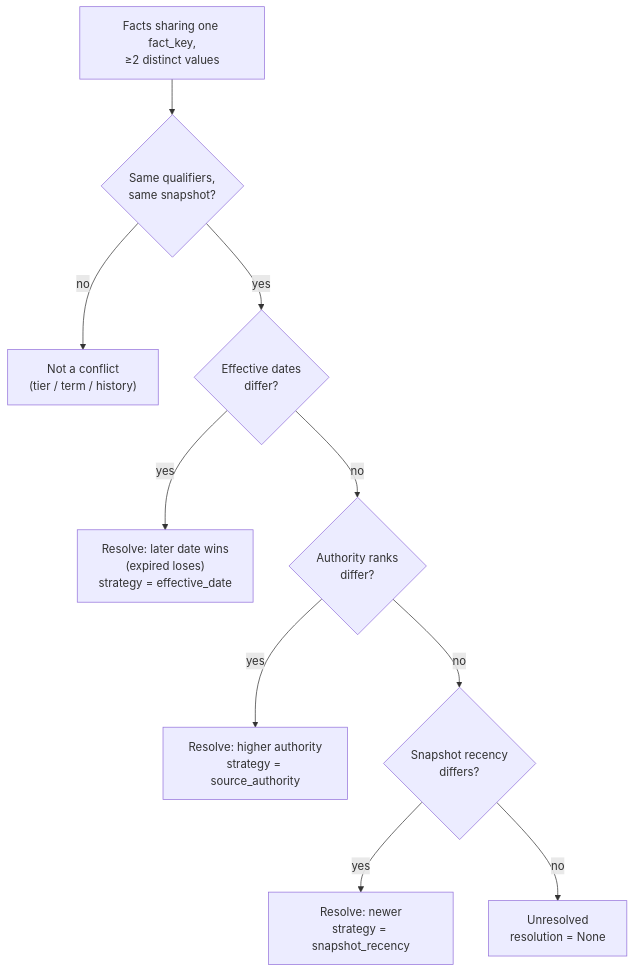
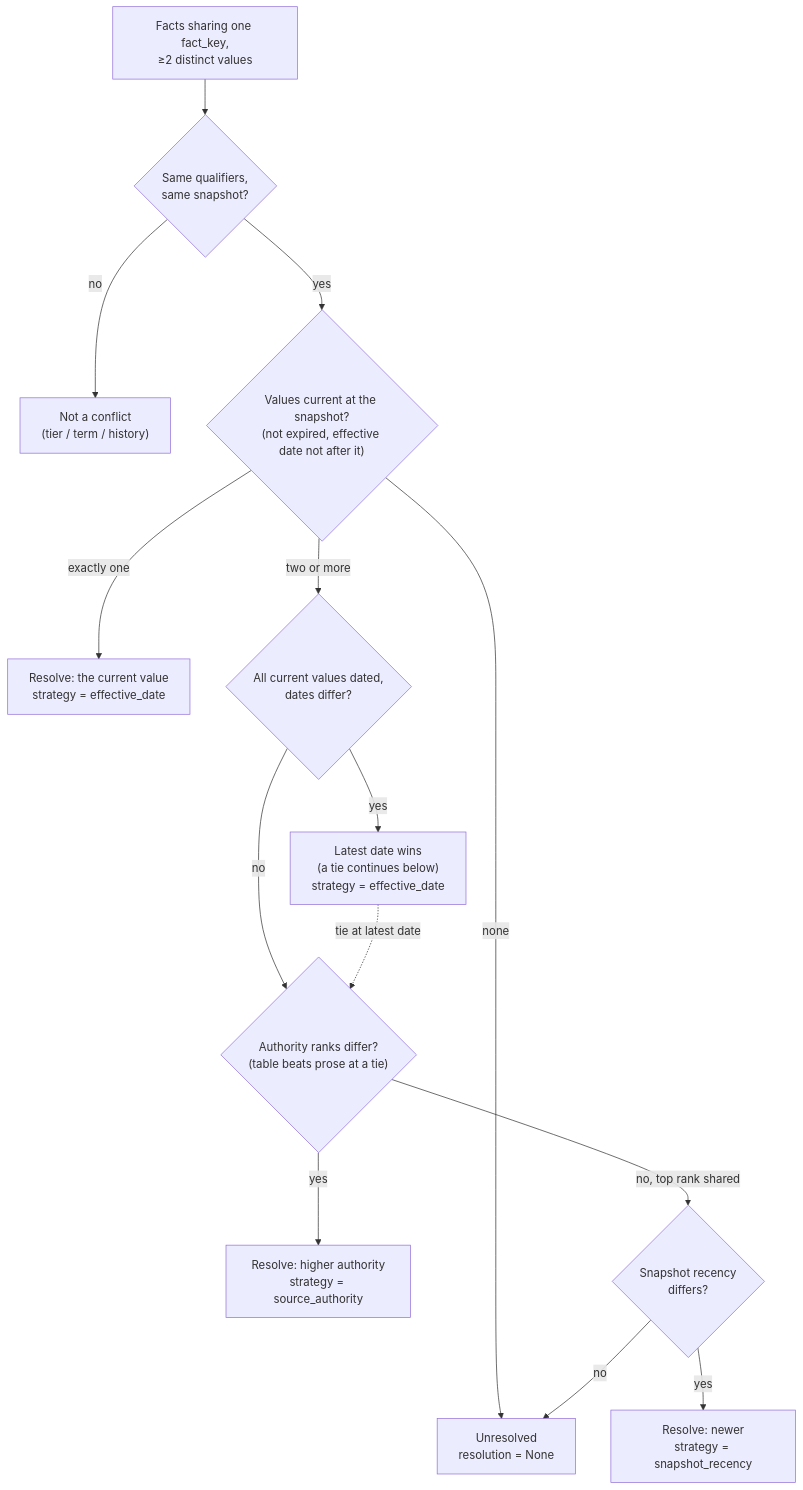
The second of 3 diagrams in DESIGN.md (abster/KnowledgeSystem), drawn with Mermaid before and after one commit. The commit also changed other lines of this file and 14 other files, not shown here.

````diff
--- a/DESIGN.md
+++ b/DESIGN.md
@@ -276,12 +279,16 @@
 ```mermaid
 flowchart TD
     A["Facts sharing one fact_key,<br/>≥2 distinct values"] --> B{"Same qualifiers,<br/>same snapshot?"}
     B -->|no| X["Not a conflict<br/>(tier / term / history)"]
-    B -->|yes| C{"Effective dates<br/>differ?"}
-    C -->|yes| R1["Resolve: later date wins<br/>(expired loses)<br/>strategy = effective_date"]
-    C -->|no| D{"Authority ranks<br/>differ?"}
+    B -->|yes| N{"Values current at the snapshot?<br/>(not expired, effective date not after it)"}
+    N -->|none| R4["Unresolved<br/>resolution = None"]
+    N -->|exactly one| R0["Resolve: the current value<br/>strategy = effective_date"]
+    N -->|two or more| C{"All current values dated,<br/>dates differ?"}
+    C -->|yes| R1["Latest date wins<br/>(a tie continues below)<br/>strategy = effective_date"]
+    C -->|no| D{"Authority ranks differ?<br/>(table beats prose at a tie)"}
+    R1 -.->|tie at latest date| D
     D -->|yes| R2["Resolve: higher authority<br/>strategy = source_authority"]
-    D -->|no| E{"Snapshot recency<br/>differs?"}
+    D -->|no, top rank shared| E{"Snapshot recency<br/>differs?"}
     E -->|yes| R3["Resolve: newer<br/>strategy = snapshot_recency"]
-    E -->|no| R4["Unresolved<br/>resolution = None"]
+    E -->|no| R4
 ```
````
